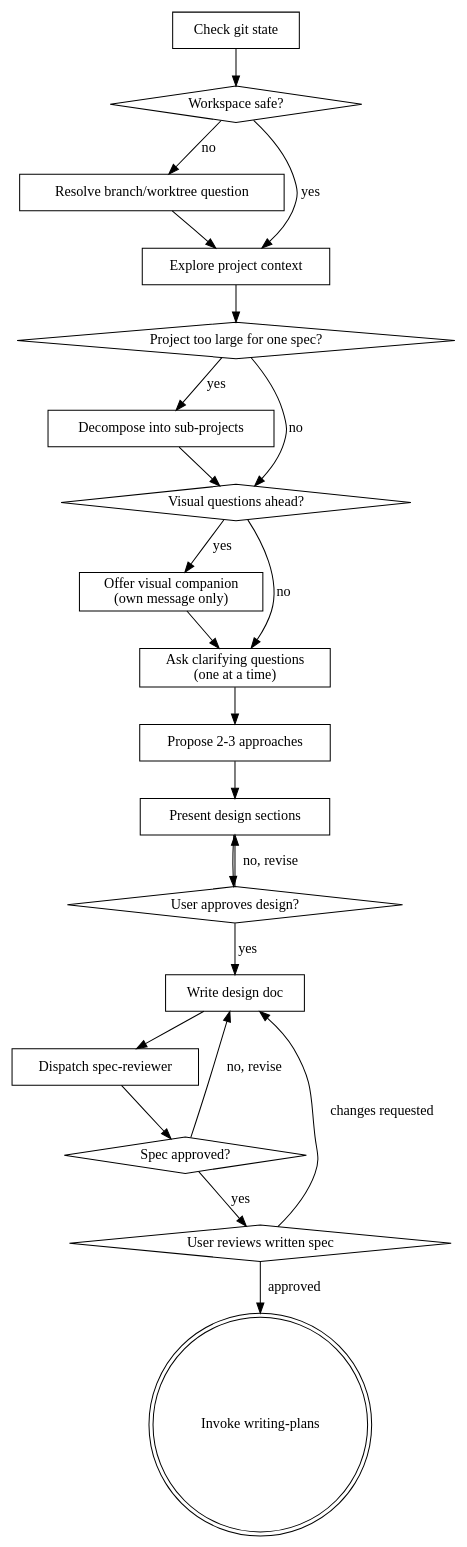
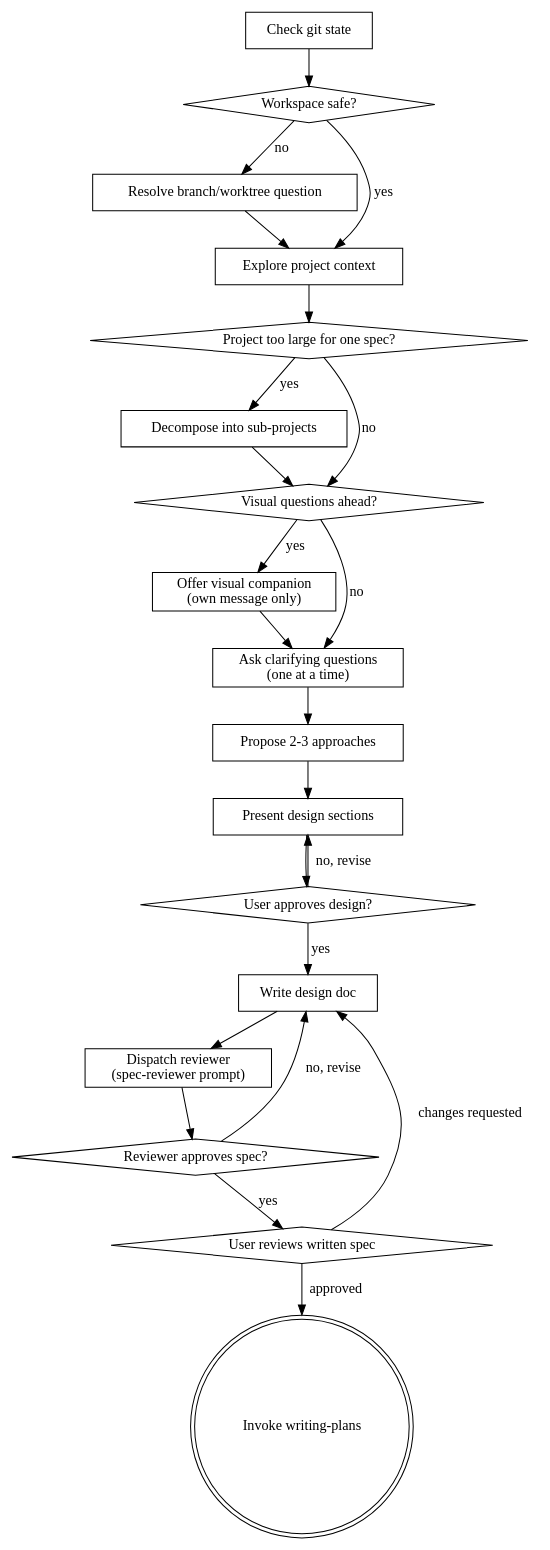
The diagram in skills/brainstorming/SKILL.md (tickideas/pi-superpowers-plus), drawn with Graphviz before and after one commit. The commit also changed other lines of this file and 7 other files, not shown here.

````diff
--- a/skills/brainstorming/SKILL.md
+++ b/skills/brainstorming/SKILL.md
@@ -64,44 +64,47 @@
 ```dot
 digraph brainstorming {
     "Check git state" [shape=box];
     "Workspace safe?" [shape=diamond];
     "Resolve branch/worktree question" [shape=box];
     "Explore project context" [shape=box];
     "Project too large for one spec?" [shape=diamond];
     "Decompose into sub-projects" [shape=box];
     "Visual questions ahead?" [shape=diamond];
     "Offer visual companion\n(own message only)" [shape=box];
     "Ask clarifying questions\n(one at a time)" [shape=box];
     "Propose 2-3 approaches" [shape=box];
     "Present design sections" [shape=box];
     "User approves design?" [shape=diamond];
     "Write design doc" [shape=box];
-    "Dispatch spec-reviewer" [shape=box];
-    "Spec approved?" [shape=diamond];
+    "Dispatch reviewer
+(spec-reviewer prompt)" [shape=box];
+    "Reviewer approves spec?" [shape=diamond];
     "User reviews written spec" [shape=diamond];
     "Invoke writing-plans" [shape=doublecircle];
 
     "Check git state" -> "Workspace safe?";
     "Workspace safe?" -> "Resolve branch/worktree question" [label="no"];
     "Resolve branch/worktree question" -> "Explore project context";
     "Workspace safe?" -> "Explore project context" [label="yes"];
     "Explore project context" -> "Project too large for one spec?";
     "Project too large for one spec?" -> "Decompose into sub-projects" [label="yes"];
     "Decompose into sub-projects" -> "Visual questions ahead?";
     "Project too large for one spec?" -> "Visual questions ahead?" [label="no"];
     "Visual questions ahead?" -> "Offer visual companion\n(own message only)" [label="yes"];
     "Visual questions ahead?" -> "Ask clarifying questions\n(one at a time)" [label="no"];
     "Offer visual companion\n(own message only)" -> "Ask clarifying questions\n(one at a time)";
     "Ask clarifying questions\n(one at a time)" -> "Propose 2-3 approaches";
     "Propose 2-3 approaches" -> "Present design sections";
     "Present design sections" -> "User approves design?";
     "User approves design?" -> "Present design sections" [label="no, revise"];
     "User approves design?" -> "Write design doc" [label="yes"];
-    "Write design doc" -> "Dispatch spec-reviewer";
-    "Dispatch spec-reviewer" -> "Spec approved?";
-    "Spec approved?" -> "Write design doc" [label="no, revise"];
-    "Spec approved?" -> "User reviews written spec" [label="yes"];
+    "Write design doc" -> "Dispatch reviewer
+(spec-reviewer prompt)";
+    "Dispatch reviewer
+(spec-reviewer prompt)" -> "Reviewer approves spec?";
+    "Reviewer approves spec?" -> "Write design doc" [label="no, revise"];
+    "Reviewer approves spec?" -> "User reviews written spec" [label="yes"];
     "User reviews written spec" -> "Write design doc" [label="changes requested"];
     "User reviews written spec" -> "Invoke writing-plans" [label="approved"];
 }
 ```
````
